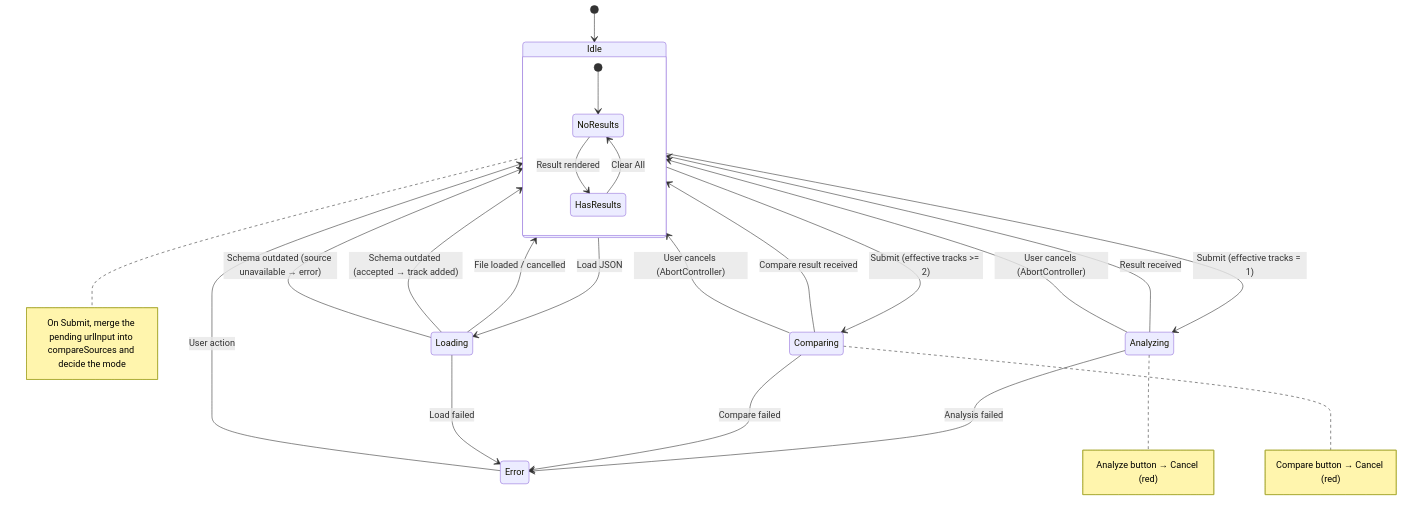
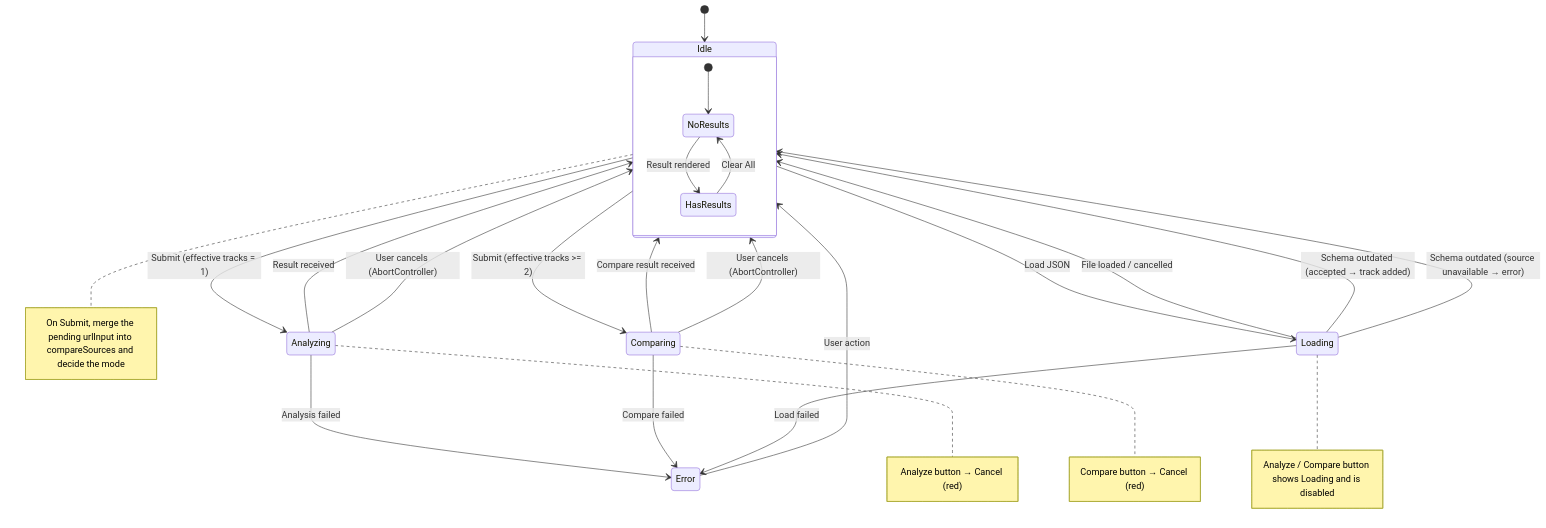
Diagram 11 of 17 in docs/architecture.md (semnil/analyze-spectrum), drawn with Mermaid before and after one commit. The commit also changed 5 other files, not shown here.

````diff
--- a/docs/architecture.md
+++ b/docs/architecture.md
@@ -276,32 +276,33 @@
 ```mermaid
 stateDiagram-v2
     [*] --> Idle
     Idle --> Analyzing : Submit (effective tracks = 1)
     Idle --> Comparing : Submit (effective tracks >= 2)
     Idle --> Loading : Load JSON
 
     Analyzing --> Idle : Result received
     Analyzing --> Idle : User cancels (AbortController)
     Analyzing --> Error : Analysis failed
 
     Comparing --> Idle : Compare result received
     Comparing --> Idle : User cancels (AbortController)
     Comparing --> Error : Compare failed
 
     Loading --> Idle : File loaded / cancelled
     Loading --> Idle : Schema outdated (accepted → track added)
     Loading --> Idle : Schema outdated (source unavailable → error)
     Loading --> Error : Load failed
 
     Error --> Idle : User action
 
     state Idle {
         [*] --> NoResults
         NoResults --> HasResults : Result rendered
         HasResults --> NoResults : Clear All
     }
 
     note right of Idle : On Submit, merge the pending urlInput into compareSources and decide the mode
     note right of Analyzing : Analyze button → Cancel (red)
     note right of Comparing : Compare button → Cancel (red)
+    note right of Loading : Analyze / Compare button shows Loading and is disabled
 ```
````
